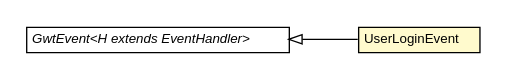
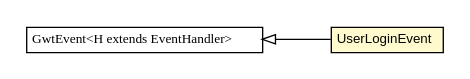
The diagram in javadoc/apidocs/com/gwtplatform/carstore/client/application/event/UserLoginEvent.dot (ArcBees/GWTP), drawn with Graphviz before and after one commit. The commit also changed 2699 other files, not shown here.

```diff
--- a/javadoc/apidocs/com/gwtplatform/carstore/client/application/event/UserLoginEvent.dot
+++ b/javadoc/apidocs/com/gwtplatform/carstore/client/application/event/UserLoginEvent.dot
@@ -1,27 +1,27 @@
 #!/usr/local/bin/dot
 #
 # Class diagram 
 # Generated by UMLGraph version R5_6-24-gf6e263 (http://www.umlgraph.org/)
 #
 
 digraph G {
-	edge [fontname="Helvetica",fontsize=10,labelfontname="Helvetica",labelfontsize=10];
-	node [fontname="Helvetica",fontsize=10,shape=plaintext];
+	edge [fontname="arial",fontsize=10,labelfontname="arial",labelfontsize=10];
+	node [fontname="arial",fontsize=10,shape=plaintext];
 	nodesep=0.25;
 	ranksep=0.5;
 	rankdir=LR;
 	// com.gwtplatform.carstore.client.application.event.UserLoginEvent
-	c395857 [label=<<table title="com.gwtplatform.carstore.client.application.event.UserLoginEvent" border="0" cellborder="1" cellspacing="0" cellpadding="2" port="p" bgcolor="lemonChiffon" href="./UserLoginEvent.html">
+	c529328 [label=<<table title="com.gwtplatform.carstore.client.application.event.UserLoginEvent" border="0" cellborder="1" cellspacing="0" cellpadding="2" port="p" bgcolor="lemonChiffon" href="./UserLoginEvent.html">
 		<tr><td><table border="0" cellspacing="0" cellpadding="1">
 <tr><td align="center" balign="center"> UserLoginEvent </td></tr>
 		</table></td></tr>
-		</table>>, URL="./UserLoginEvent.html", fontname="Helvetica", fontcolor="black", fontsize=10.0];
+		</table>>, URL="./UserLoginEvent.html", fontname="arial", fontcolor="black", fontsize=10.0];
 	//com.gwtplatform.carstore.client.application.event.UserLoginEvent extends com.google.gwt.event.shared.GwtEvent<com.gwtplatform.carstore.client.application.event.UserLoginEvent.UserLoginHandler>
-	c395890:p -> c395857:p [dir=back,arrowtail=empty];
+	c529525:p -> c529328:p [dir=back,arrowtail=empty];
 	// com.google.gwt.event.shared.GwtEvent<H extends com.google.gwt.event.shared.EventHandler>
-	c395890 [label=<<table title="com.google.gwt.event.shared.GwtEvent" border="0" cellborder="1" cellspacing="0" cellpadding="2" port="p" href="http://google-web-toolkit.googlecode.com/svn/javadoc/latest/com/google/gwt/event/shared/GwtEvent.html">
+	c529525 [label=<<table title="com.google.gwt.event.shared.GwtEvent" border="0" cellborder="1" cellspacing="0" cellpadding="2" port="p" href="http://google-web-toolkit.googlecode.com/svn/javadoc/latest/com/google/gwt/event/shared/GwtEvent.html">
 		<tr><td><table border="0" cellspacing="0" cellpadding="1">
-<tr><td align="center" balign="center"><font face="Helvetica-Oblique"> GwtEvent&lt;H extends EventHandler&gt; </font></td></tr>
+<tr><td align="center" balign="center"><font face="arial italic"> GwtEvent&lt;H extends EventHandler&gt; </font></td></tr>
 		</table></td></tr>
-		</table>>, URL="http://google-web-toolkit.googlecode.com/svn/javadoc/latest/com/google/gwt/event/shared/GwtEvent.html", fontname="Helvetica", fontcolor="black", fontsize=10.0];
+		</table>>, URL="http://google-web-toolkit.googlecode.com/svn/javadoc/latest/com/google/gwt/event/shared/GwtEvent.html", fontname="arial", fontcolor="black", fontsize=10.0];
 }
```
